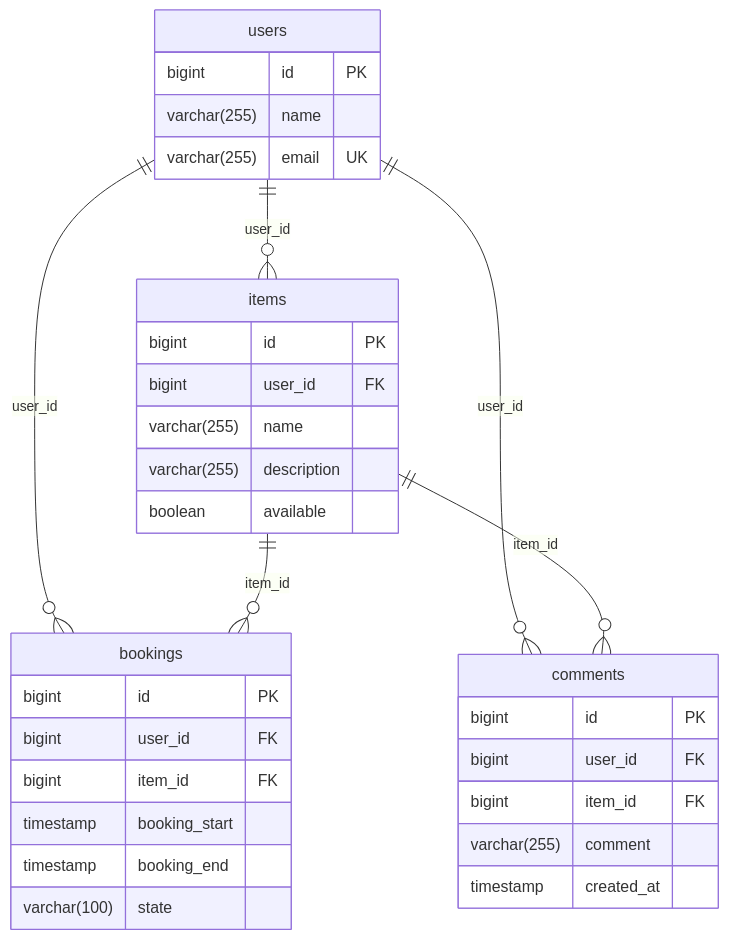
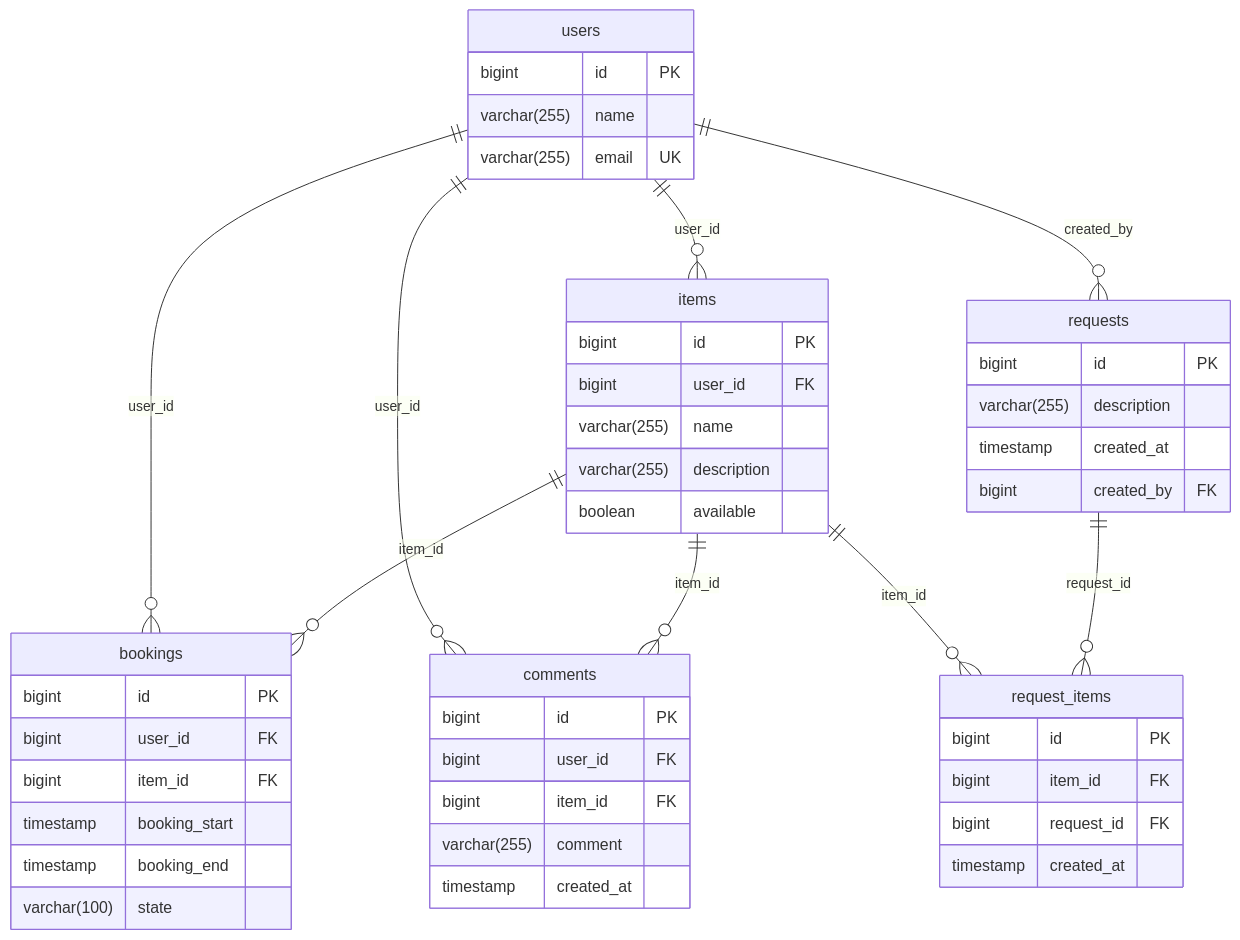
Before and after one commit to kpak292/java-shareit: the diagram in README.md, drawn with Mermaid. The commit also changed 18 other files, not shown here.

````diff
--- a/README.md
+++ b/README.md
@@ -6,40 +6,57 @@
 ```mermaid
 erDiagram
 users{
     bigint id PK
     varchar(255) name
     varchar(255) email UK
 }
 
 items{
     bigint id PK
     bigint user_id FK
     varchar(255) name
     varchar(255) description
     boolean available
 }
 
 bookings{
     bigint id PK
     bigint user_id FK
     bigint item_id FK
     timestamp booking_start
     timestamp booking_end
     varchar(100) state
 }
 
 comments{
     bigint id PK
     bigint user_id FK
     bigint item_id FK
     varchar(255) comment
     timestamp created_at
 }
 
+requests{
+    bigint id PK
+    varchar(255) description
+    timestamp created_at
+    bigint created_by FK
+}
+
+request_items{
+    bigint id PK
+    bigint item_id FK
+    bigint request_id FK
+    timestamp created_at
+}
+
 users ||--o{ items: user_id
 users ||--o{ bookings: user_id
 items ||--o{ bookings: item_id
 users ||--o{ comments: user_id
 items ||--o{ comments: item_id
+users ||--o{ requests: created_by
+items ||--o{ request_items: item_id
+requests ||--o{ request_items: request_id
 
 ```
````
